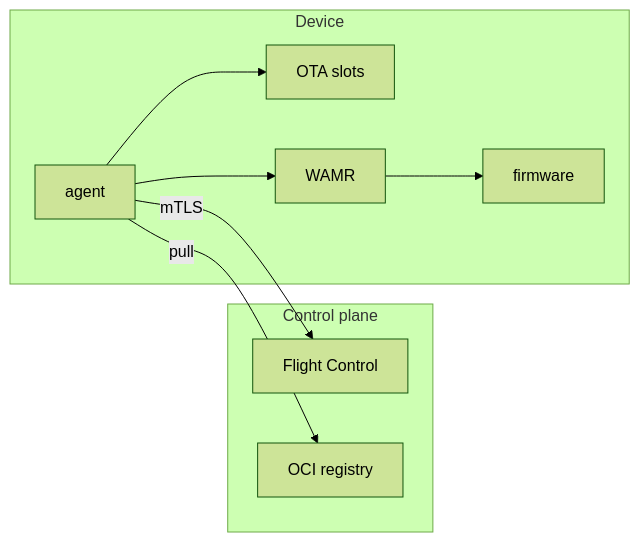
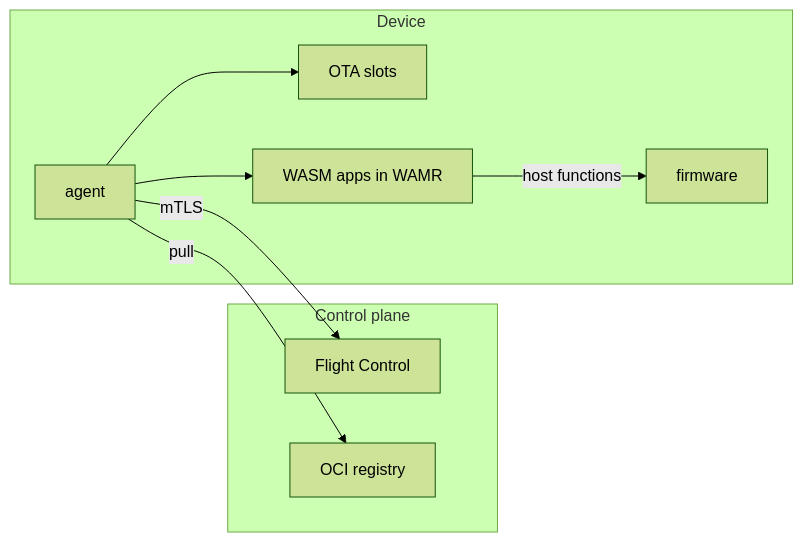
The first of 3 diagrams in README.md (francescopace/flightctl-mcu), drawn with Mermaid (forest theme) before and after one commit. The commit also changed other lines of this file and 42 other files, not shown here.

Commit message:
Docs: Replace the results page with per-feature guides, one owner per figure.

````diff
--- a/README.md
+++ b/README.md
@@ -51,18 +105,18 @@
 ```mermaid
 flowchart LR
   subgraph cp["Control plane"]
     FC["Flight Control"]
     REG["OCI registry"]
   end
   subgraph dev["Device"]
     AG["agent"]
     OTA["OTA slots"]
-    WAMR["WAMR"]
+    WAMR["WASM apps in WAMR"]
     FW["firmware"]
   end
   AG -- "mTLS" --> FC
   AG -- "pull" --> REG
   AG --> OTA
   AG --> WAMR
-  WAMR --> FW
+  WAMR -- "host functions" --> FW
 ```
````
